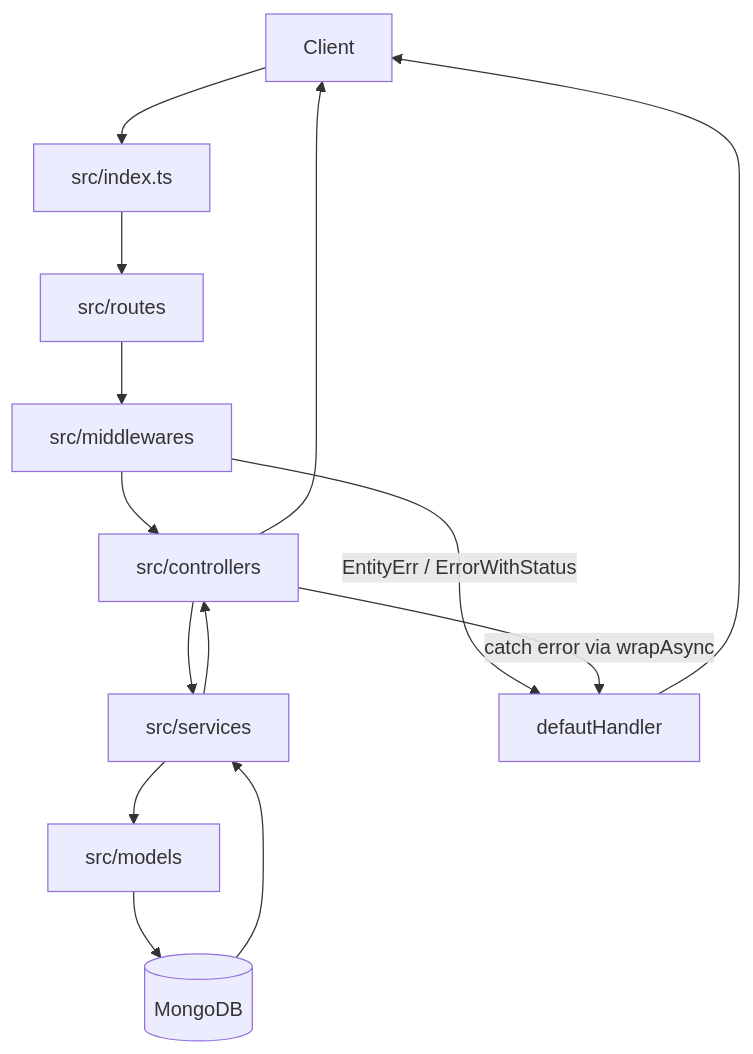
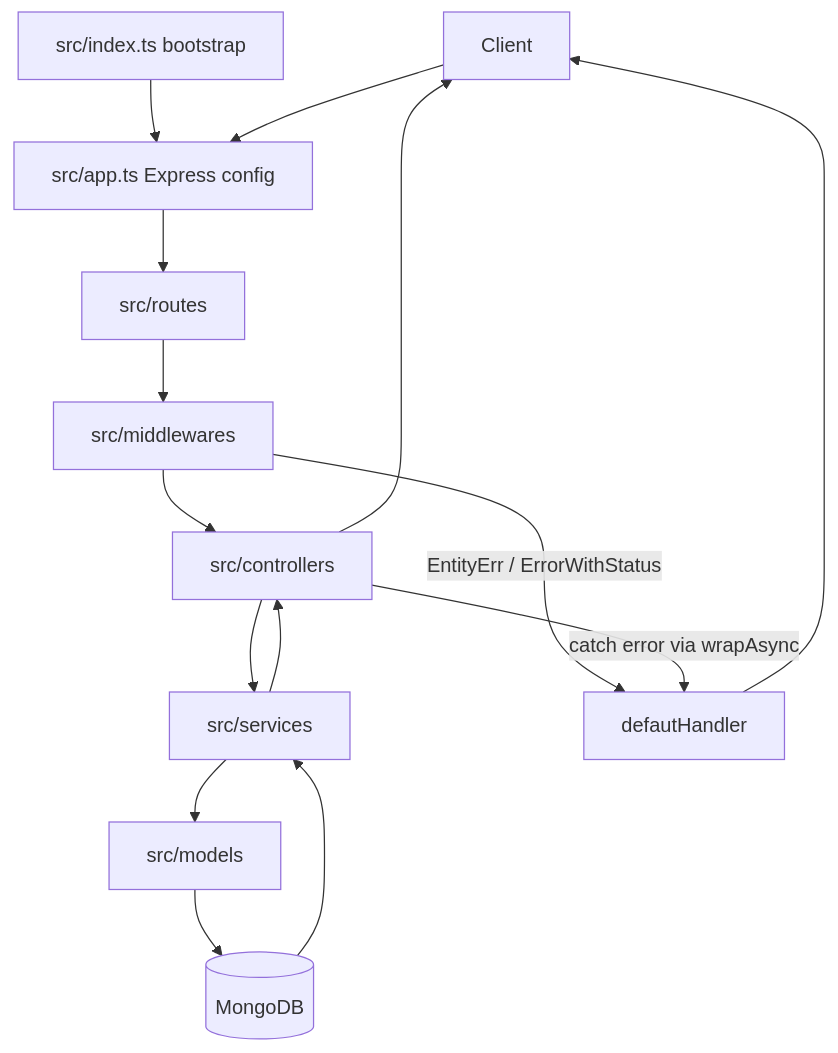
One commit to Hiamoutgame/AI-Study-Hub changed the diagram in docs/endpoint-flows/README.md. Above: the diagram before and after it, drawn with Mermaid. The commit also changed other lines of this file and 62 other files, not shown here.

````diff
--- a/docs/endpoint-flows/README.md
+++ b/docs/endpoint-flows/README.md
@@ -41,18 +47,20 @@
 ```mermaid
 flowchart TD
   Client[Client]
-  Express[src/index.ts]
+  Index[src/index.ts bootstrap]
+  App[src/app.ts Express config]
   Routes[src/routes]
   Middlewares[src/middlewares]
   Controllers[src/controllers]
   Services[src/services]
   Models[src/models]
   DB[(MongoDB)]
   ErrorHandler[defautHandler]
 
-  Client --> Express --> Routes --> Middlewares --> Controllers --> Services --> Models --> DB
+  Index --> App
+  Client --> App --> Routes --> Middlewares --> Controllers --> Services --> Models --> DB
   Middlewares -->|EntityErr / ErrorWithStatus| ErrorHandler
   Controllers -->|catch error via wrapAsync| ErrorHandler
   ErrorHandler --> Client
   DB --> Services --> Controllers --> Client
 ```
````
